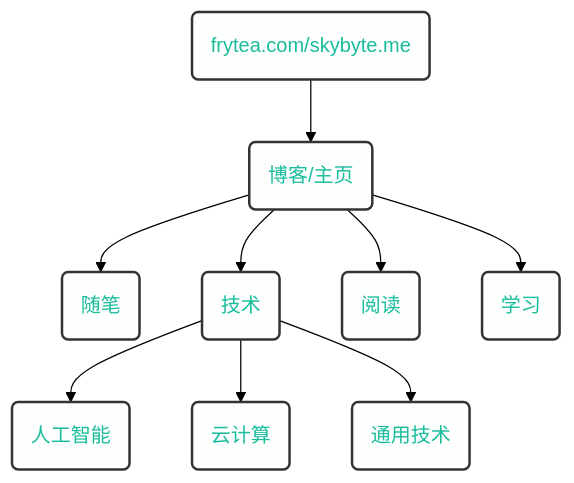
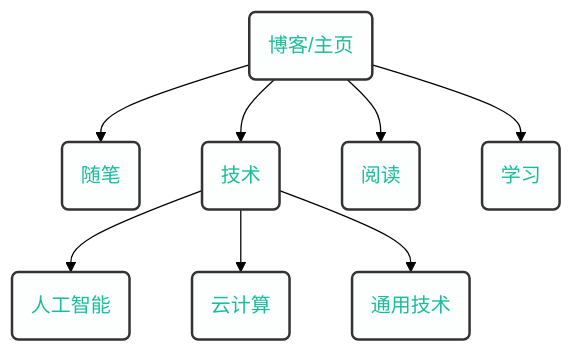
The diagram in content/about.md (songtianlun/songtianlun.github.io), drawn with Mermaid (forest theme) before and after one commit. The commit also changed other lines of this file and 1 other file, not shown here.

````diff
--- a/content/about.md
+++ b/content/about.md
@@ -18,25 +18,21 @@
 ```mermaid
 graph TD
 
-
-    F(frytea.com/skybyte.me)-->H(博客/主页)
-
-    H-->HA(随笔)
+    H(博客/主页)-->HA(随笔)
     H-->HT(技术)
     H-->BL(阅读)
     H-->BS(学习)
 
     HT-->HTA(人工智能)
     HT-->HTC(云计算)
     HT-->HTT(通用技术)
     
     
     click H "https://www.frytea.com"
-    click B "https://blog.frytea.com"
     click D "https://res.frytea.com"
 
     classDef allNode fill:#fdffff,color:#1abc9c,stroke:#333,stroke-width:2px,size:9px;
     class F,D,H,B,P,S allNode;
     class HPR,HA,HT,BT,BL,BS allNode;
     class HTA,HTC,HTT allNode;
 ```
````
